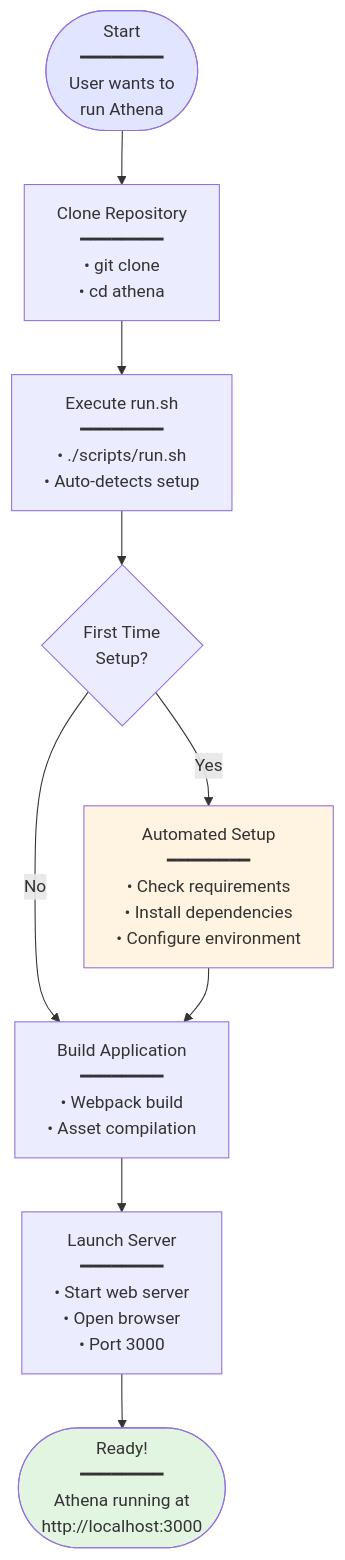
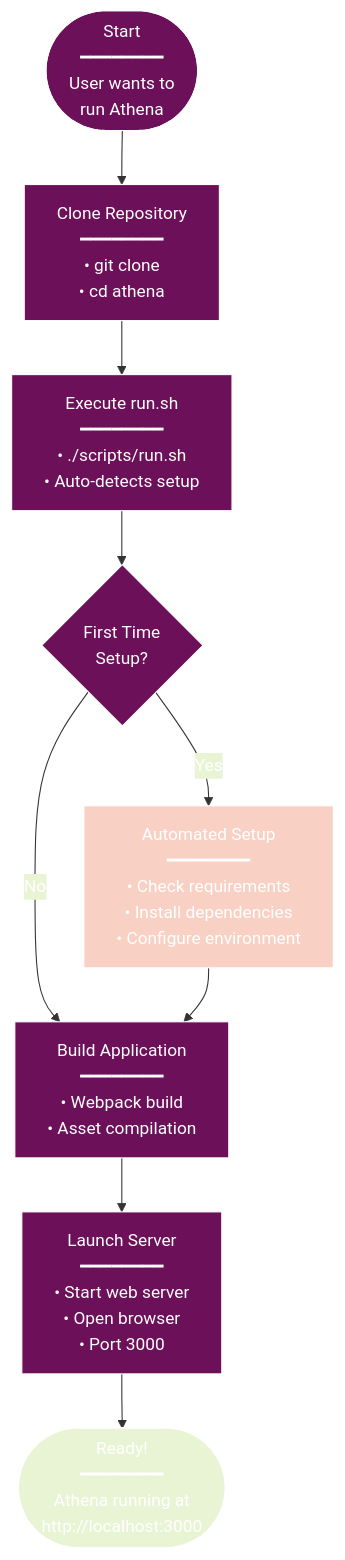
Before and after one commit to radicalkjax/Athena: the first of 4 diagrams in docs/QUICKSTART.md, drawn with Mermaid. The commit also changed other lines of this file and 27 other files, not shown here.

Commit message:
Introduction of expo package manager. Updated docs to reflect changes. Unified mermaid theme for docs.

````diff
--- a/docs/QUICKSTART.md
+++ b/docs/QUICKSTART.md
@@ -7,22 +7,43 @@
 ```mermaid
+%%{init: {
+  'theme': 'base',
+  'themeVariables': {
+    'primaryColor': '#6d105a',
+    'primaryTextColor': '#ffffff',
+    'primaryBorderColor': '#ffffff',
+    'lineColor': '#333333',
+    'secondaryColor': '#e8f4d4',
+    'secondaryTextColor': '#333333',
+    'secondaryBorderColor': '#333333',
+    'tertiaryColor': '#f9d0c4',
+    'tertiaryTextColor': '#333333',
+    'tertiaryBorderColor': '#333333',
+    'background': '#ffffff',
+    'mainBkg': '#6d105a',
+    'secondBkg': '#e8f4d4',
+    'tertiaryBkg': '#f9d0c4',
+    'textColor': '#333333',
+    'fontFamily': 'Arial, sans-serif'
+  }
+}}%%
 flowchart TB
     Start([Start<br/>━━━━━━━━<br/>User wants to<br/>run Athena]) --> Clone[Clone Repository<br/>━━━━━━━━<br/>• git clone<br/>• cd athena]
     
     Clone --> RunScript[Execute run.sh<br/>━━━━━━━━<br/>• ./scripts/run.sh<br/>• Auto-detects setup]
     
     RunScript --> FirstTime{First Time<br/>Setup?}
     
     FirstTime -->|Yes| AutoSetup[Automated Setup<br/>━━━━━━━━<br/>• Check requirements<br/>• Install dependencies<br/>• Configure environment]
     
     FirstTime -->|No| Build[Build Application<br/>━━━━━━━━<br/>• Webpack build<br/>• Asset compilation]
     
     AutoSetup --> Build
     
     Build --> Launch[Launch Server<br/>━━━━━━━━<br/>• Start web server<br/>• Open browser<br/>• Port 3000]
     
     Launch --> Ready([Ready!<br/>━━━━━━━━<br/>Athena running at<br/>http://localhost:3000])
     
-    style Start fill:#e1e5ff
-    style Ready fill:#e1f5e1
-    style AutoSetup fill:#fff4e1
+    style Start fill:#6d105a
+    style Ready fill:#e8f4d4
+    style AutoSetup fill:#f9d0c4
 ```
````
